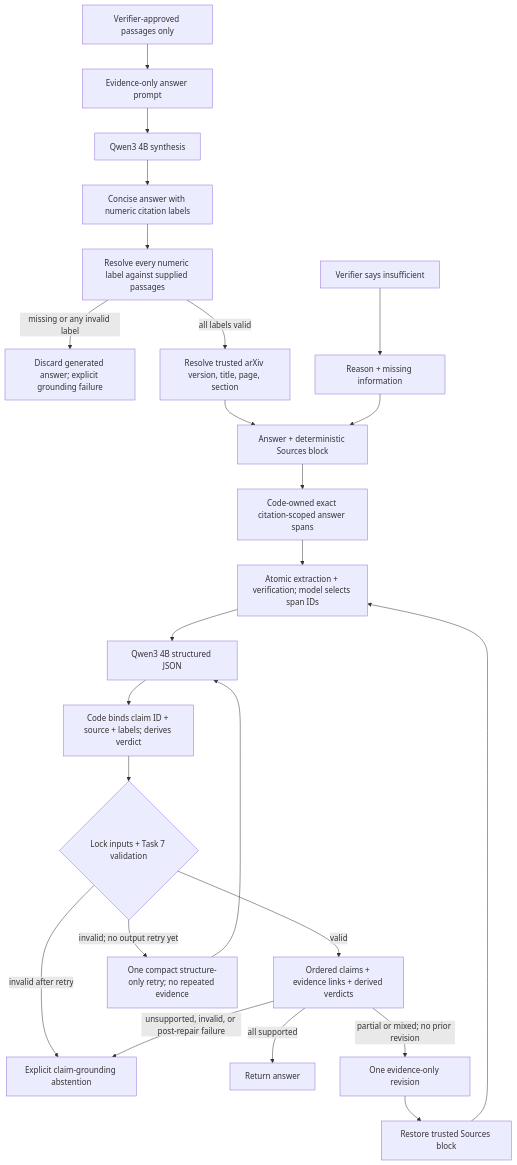
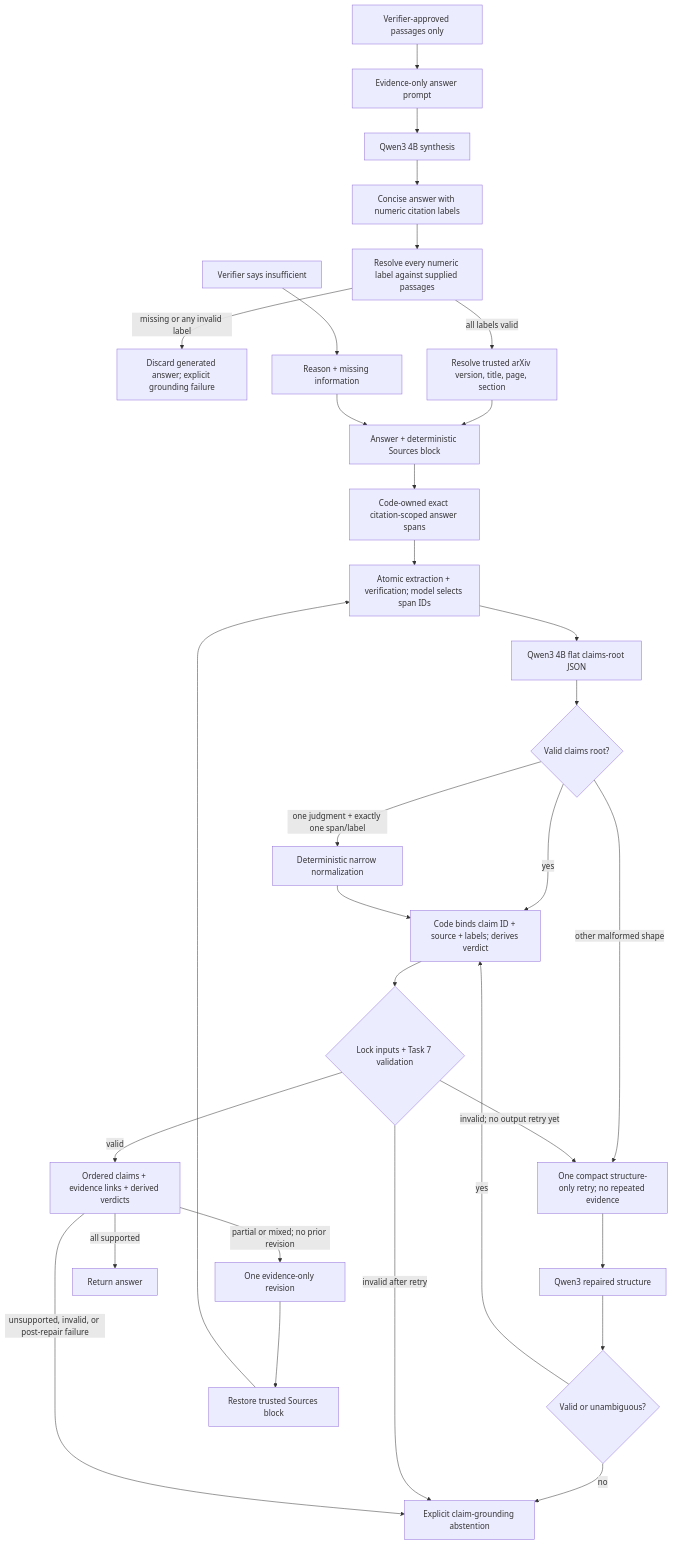
Before and after one commit to TQC0103/scientific-research-agent: the eighth of 11 diagrams in docs/SYSTEM_VISUALIZATION.md, drawn with Mermaid. The commit also changed other lines of this file and 12 other files, not shown here.

````diff
--- a/docs/SYSTEM_VISUALIZATION.md
+++ b/docs/SYSTEM_VISUALIZATION.md
@@ -233,28 +233,35 @@
 ```mermaid
 flowchart TD
     VERIFIED["Verifier-approved passages only"] --> PROMPT["Evidence-only answer prompt"]
     PROMPT --> QWEN["Qwen3 4B synthesis"]
     QWEN --> RAW["Concise answer with numeric citation labels"]
     RAW --> PARSE["Resolve every numeric label against supplied passages"]
     PARSE -->|"missing or any invalid label"| CITEFAIL["Discard generated answer; explicit grounding failure"]
     PARSE -->|"all labels valid"| METADATA["Resolve trusted arXiv version, title, page, section"]
     METADATA --> FINAL["Answer + deterministic Sources block"]
 
     INSUFFICIENT["Verifier says insufficient"] --> ABSTAIN["Reason + missing information"]
     ABSTAIN --> FINAL
 
     FINAL --> SPANS["Code-owned exact citation-scoped answer spans"]
     SPANS --> CLAIMPROMPT["Atomic extraction + verification; model selects span IDs"]
-    CLAIMPROMPT --> CLAIMQWEN["Qwen3 4B structured JSON"]
-    CLAIMQWEN --> BIND["Code binds claim ID + source + labels; derives verdict"]
+    CLAIMPROMPT --> CLAIMQWEN["Qwen3 4B flat claims-root JSON"]
+    CLAIMQWEN --> ROOT{"Valid claims root?"}
+    ROOT -->|"yes"| BIND["Code binds claim ID + source + labels; derives verdict"]
+    ROOT -->|"one judgment + exactly one span/label"| NORMALIZE["Deterministic narrow normalization"]
+    NORMALIZE --> BIND
+    ROOT -->|"other malformed shape"| FORMATRETRY
     BIND --> CLAIMGUARD{"Lock inputs + Task 7 validation"}
     CLAIMGUARD -->|"valid"| CLAIMBUNDLE["Ordered claims + evidence links + derived verdicts"]
     CLAIMGUARD -->|"invalid; no output retry yet"| FORMATRETRY["One compact structure-only retry; no repeated evidence"]
-    FORMATRETRY --> CLAIMQWEN
+    FORMATRETRY --> REPAIRED["Qwen3 repaired structure"]
+    REPAIRED --> RECHECK{"Valid or unambiguous?"}
+    RECHECK -->|"yes"| BIND
+    RECHECK -->|"no"| CLAIMFAIL
     CLAIMGUARD -->|"invalid after retry"| CLAIMFAIL["Explicit claim-grounding abstention"]
     CLAIMBUNDLE -->|"all supported"| VERIFIED_FINAL["Return answer"]
     CLAIMBUNDLE -->|"partial or mixed; no prior revision"| REPAIR["One evidence-only revision"]
     REPAIR --> SOURCES["Restore trusted Sources block"]
     SOURCES --> CLAIMPROMPT
     CLAIMBUNDLE -->|"unsupported, invalid, or post-repair failure"| CLAIMFAIL["Explicit claim-grounding abstention"]
 ```
````
